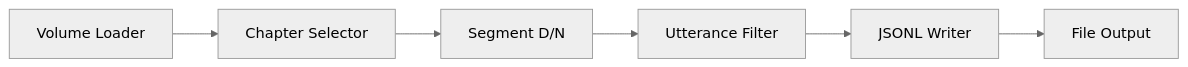
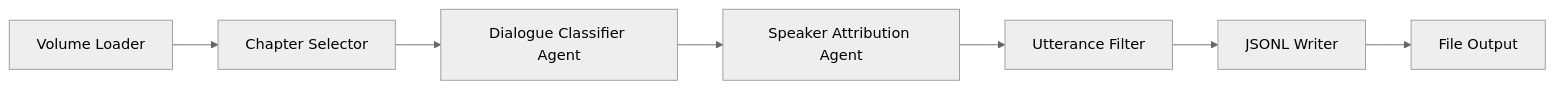
The third of 3 diagrams in docs/03-implementation/langflow/README.md (jwardwell7077/agent-audiobook-maker), drawn with Mermaid (neutral theme) before and after one commit. The commit also changed other lines of this file and 5 other files, not shown here.

````diff
--- a/docs/03-implementation/langflow/README.md
+++ b/docs/03-implementation/langflow/README.md
@@ -133,8 +178,9 @@
 ```mermaid  
 graph LR
     A[Volume Loader] --> B[Chapter Selector]
-    B --> C[Segment D/N]
-    C --> D[Utterance Filter]
-    D --> E[JSONL Writer]
-    E --> F[File Output]
+    B --> C[Dialogue Classifier Agent]
+    C --> D[Speaker Attribution Agent] 
+    D --> E[Utterance Filter]
+    E --> F[JSONL Writer]
+    F --> G[File Output]
 ```
````
